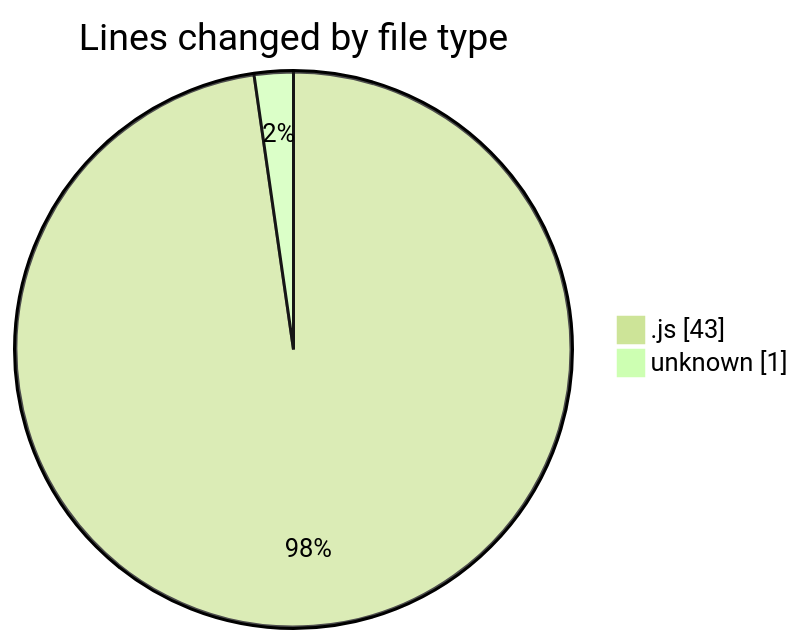
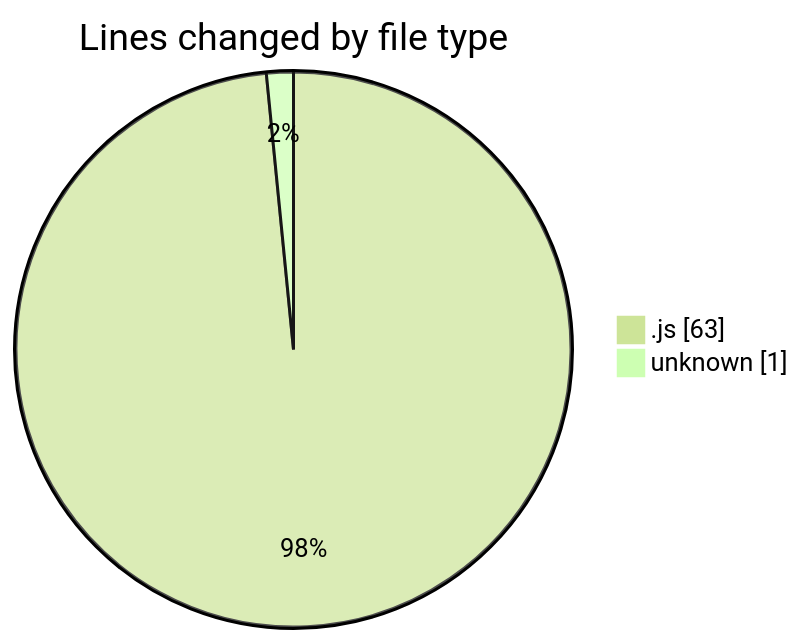
The first of 2 diagrams in 2025-03-27/vms-backend/README.md (BS-eng2023/code-tracking), drawn with Mermaid (forest theme) before and after one commit. The commit also changed other lines of this file and 1 other file, not shown here.

````diff
--- a/2025-03-27/vms-backend/README.md
+++ b/2025-03-27/vms-backend/README.md
@@ -22,6 +23,6 @@
 ```mermaid
 pie showData
 title Lines changed by file type
-".js" : 43
+".js" : 63
 "unknown" : 1
 ```
````
